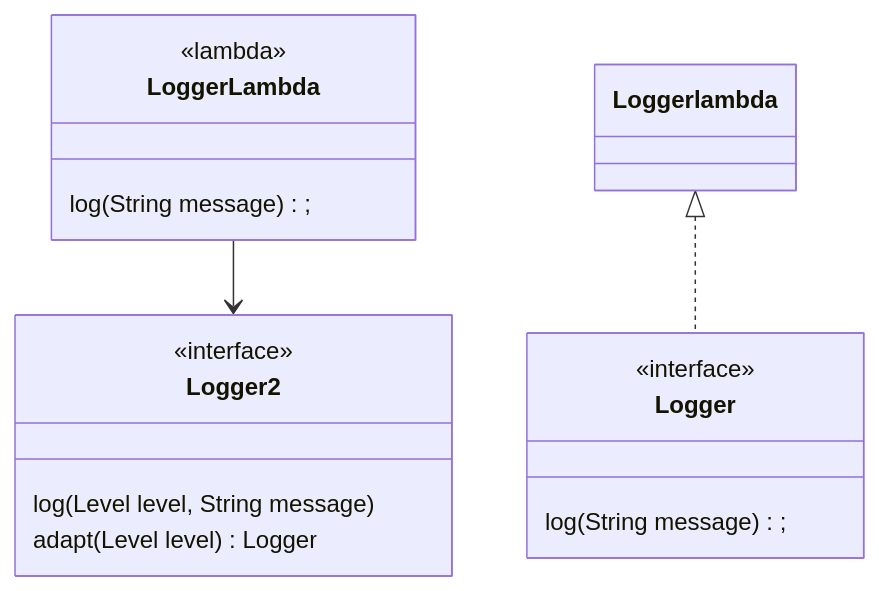
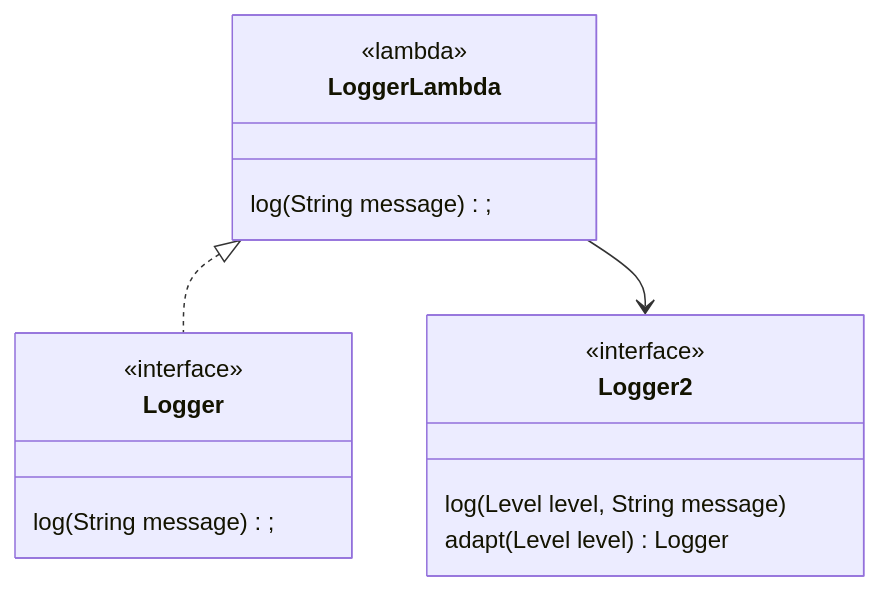
One commit to forax/design-pattern-reloaded changed the diagram in src/main/java/adapter/README.md. Above: the diagram before and after it, drawn with Mermaid.

````diff
--- a/src/main/java/adapter/README.md
+++ b/src/main/java/adapter/README.md
@@ -65,18 +65,18 @@
 ```mermaid
 classDiagram
 class Logger {
   <<interface>>
   log(String message);
 }
 class LoggerLambda {
   <<lambda>>
   log(String message);
 }
 class Logger2 {
   <<interface>>
   log(Level level, String message)
   adapt(Level level) Logger
 }
-Loggerlambda <|.. Logger
+LoggerLambda <|.. Logger
 LoggerLambda --> Logger2
 ```
````
